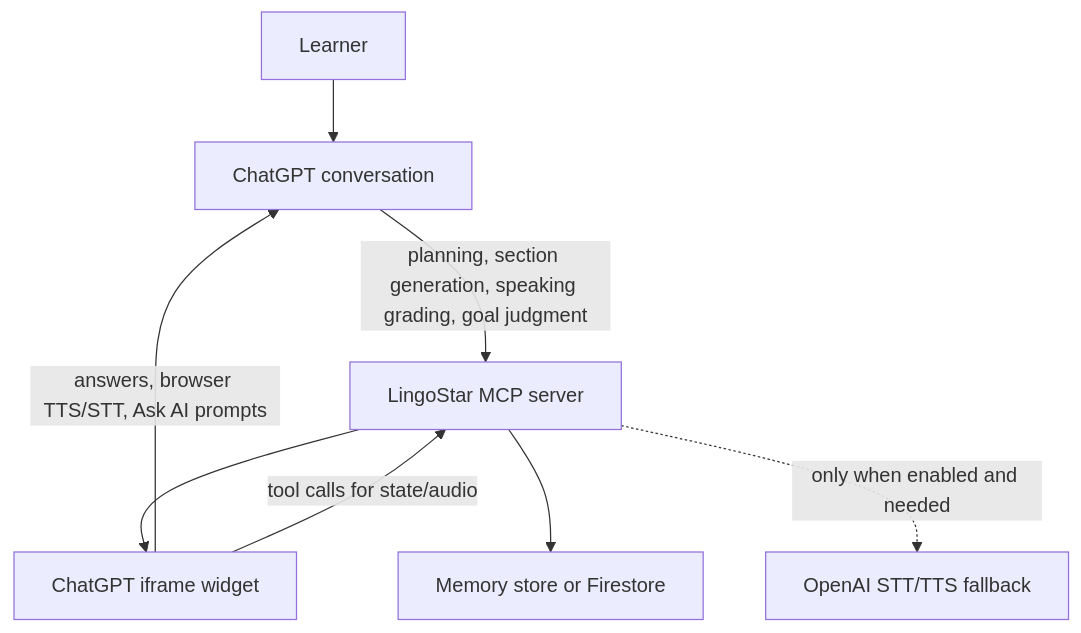
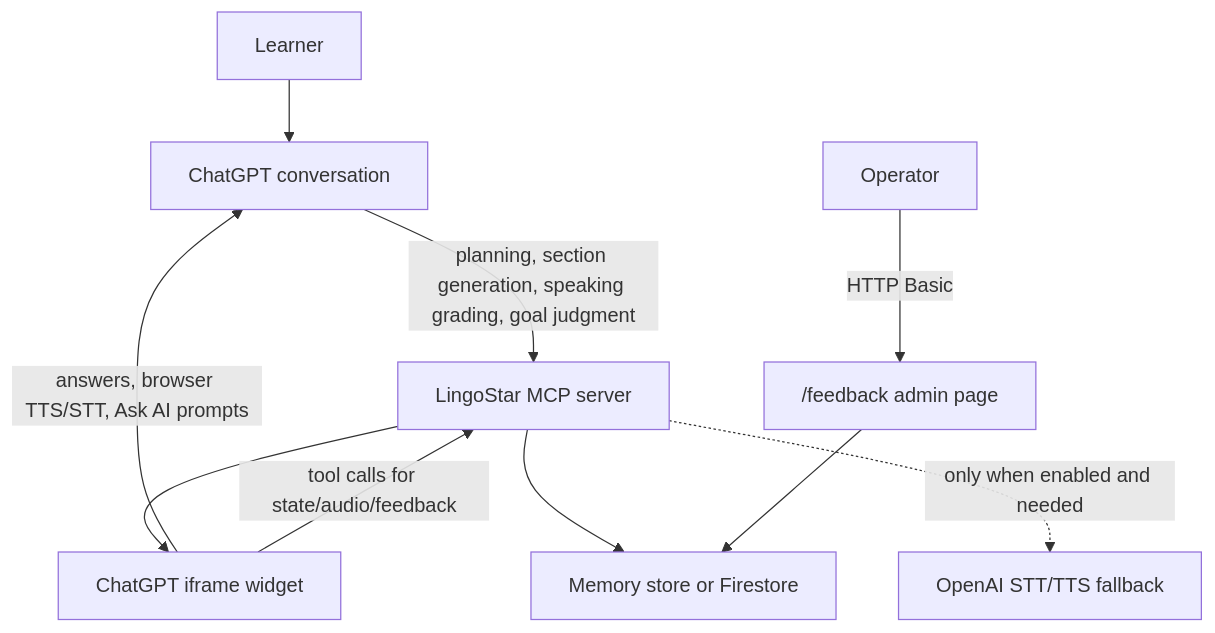
Before and after one commit to jeongwoo-gobroad/LingoStar: the diagram in docs/architecture.md, drawn with Mermaid. The commit also changed other lines of this file and 13 other files, not shown here.

````diff
--- a/docs/architecture.md
+++ b/docs/architecture.md
@@ -7,10 +7,12 @@
 ```mermaid
 flowchart TD
   User["Learner"] --> ChatGPT["ChatGPT conversation"]
   ChatGPT -->|"planning, section generation, speaking grading, goal judgment"| MCP["LingoStar MCP server"]
   MCP --> Widget["ChatGPT iframe widget"]
   Widget -->|"answers, browser TTS/STT, Ask AI prompts"| ChatGPT
-  Widget -->|"tool calls for state/audio"| MCP
+  Widget -->|"tool calls for state/audio/feedback"| MCP
   MCP --> Store["Memory store or Firestore"]
+  Admin["Operator"] -->|"HTTP Basic"| Feedback["/feedback admin page"]
+  Feedback --> Store
   MCP -.->|"only when enabled and needed"| OpenAIAudio["OpenAI STT/TTS fallback"]
 ```
````
